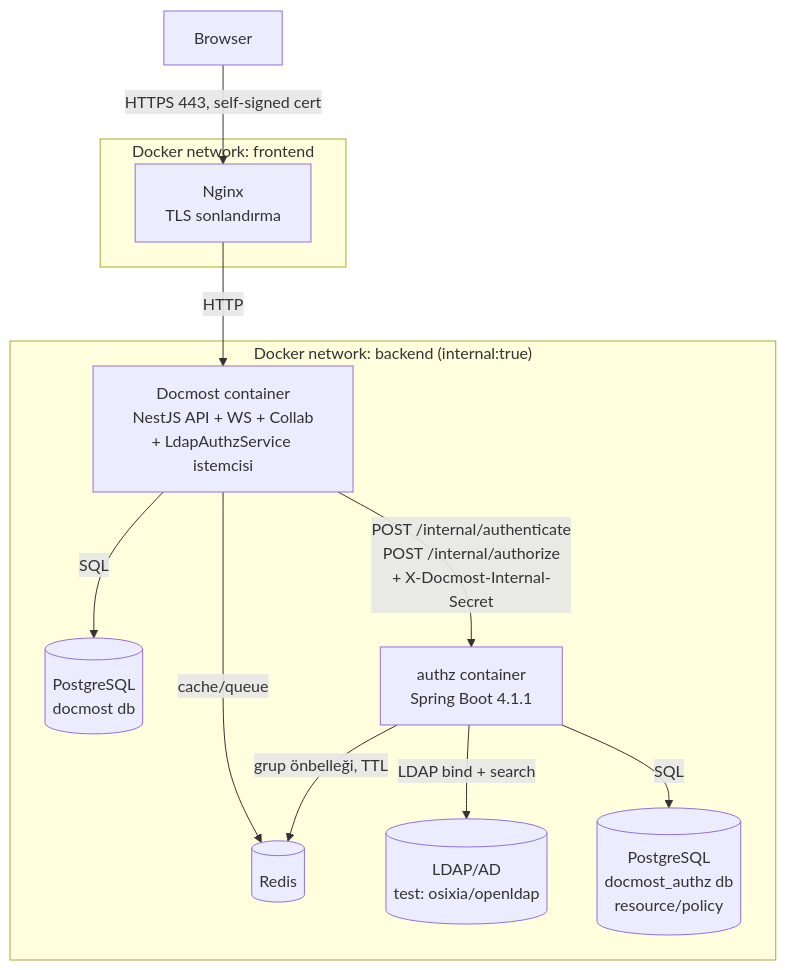
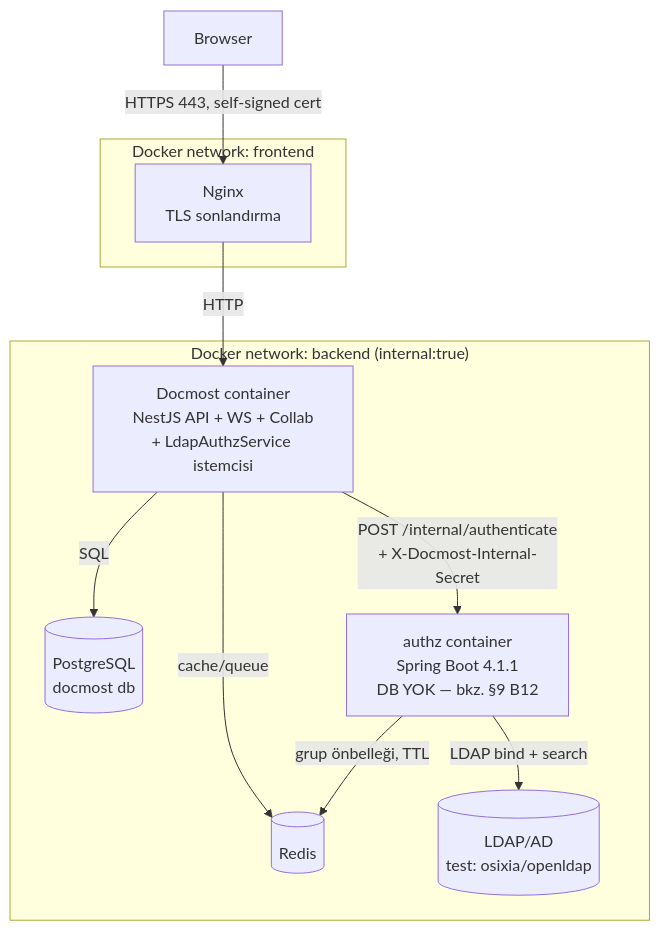
One commit to farukonder-ingtr/docmost changed the first of 7 diagrams in ingwiki/spec/03-final-architecture-and-use-cases.md. Above: the diagram before and after it, drawn with Mermaid. The commit also changed other lines of this file and 40 other files, not shown here.

````diff
--- a/ingwiki/spec/03-final-architecture-and-use-cases.md
+++ b/ingwiki/spec/03-final-architecture-and-use-cases.md
@@ -16,26 +16,24 @@
 ```mermaid
 graph TB
     Browser -->|HTTPS 443, self-signed cert| Nginx[Nginx<br/>TLS sonlandırma]
     Nginx -->|HTTP| Docmost[Docmost container<br/>NestJS API + WS + Collab<br/>+ LdapAuthzService istemcisi]
 
     Docmost -->|SQL| DocmostPG[(PostgreSQL<br/>docmost db)]
     Docmost -->|cache/queue| Redis[(Redis)]
-    Docmost -->|"POST /internal/authenticate<br/>POST /internal/authorize<br/>+ X-Docmost-Internal-Secret"| AuthZ[authz container<br/>Spring Boot 4.1.1]
+    Docmost -->|"POST /internal/authenticate<br/>+ X-Docmost-Internal-Secret"| AuthZ[authz container<br/>Spring Boot 4.1.1<br/>DB YOK — bkz. §9 B12]
 
     AuthZ -->|LDAP bind + search| LDAP[(LDAP/AD<br/>test: osixia/openldap)]
-    AuthZ -->|SQL| AuthzPG[(PostgreSQL<br/>docmost_authz db<br/>resource/policy)]
     AuthZ -->|grup önbelleği, TTL| Redis
 
     subgraph internal["Docker network: backend (internal:true)"]
         Docmost
         AuthZ
         DocmostPG
-        AuthzPG
         Redis
         LDAP
     end
 
     subgraph publicnet["Docker network: frontend"]
         Nginx
     end
 ```
````
